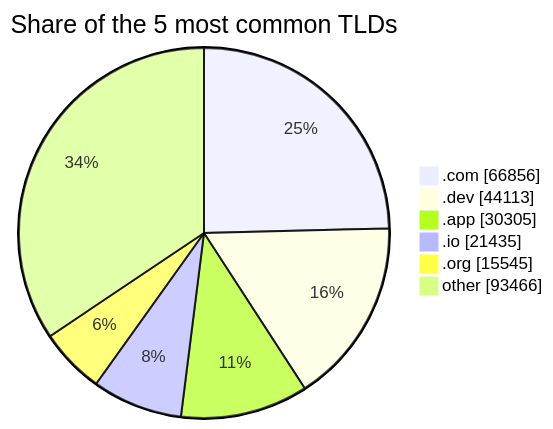
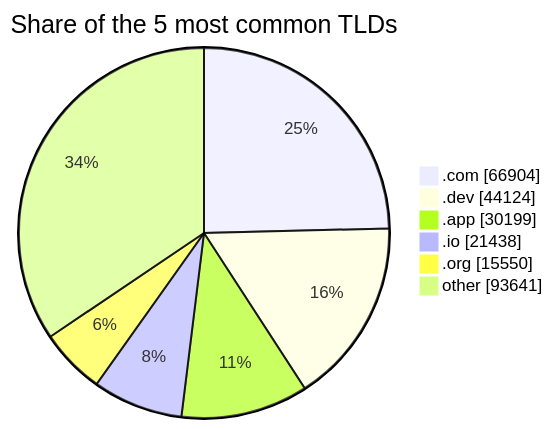
The second of 2 diagrams in README.md (DNSBunker/CTI), drawn with Mermaid before and after one commit. The commit also changed other lines of this file and 3 other files, not shown here.

````diff
--- a/README.md
+++ b/README.md
@@ -72,9 +72,9 @@
 ```mermaid
 pie showData title Share of the 5 most common TLDs
-    ".com" : 66856
-    ".dev" : 44113
-    ".app" : 30305
-    ".io" : 21435
-    ".org" : 15545
-    "other" : 93466
+    ".com" : 66904
+    ".dev" : 44124
+    ".app" : 30199
+    ".io" : 21438
+    ".org" : 15550
+    "other" : 93641
 ```
````
